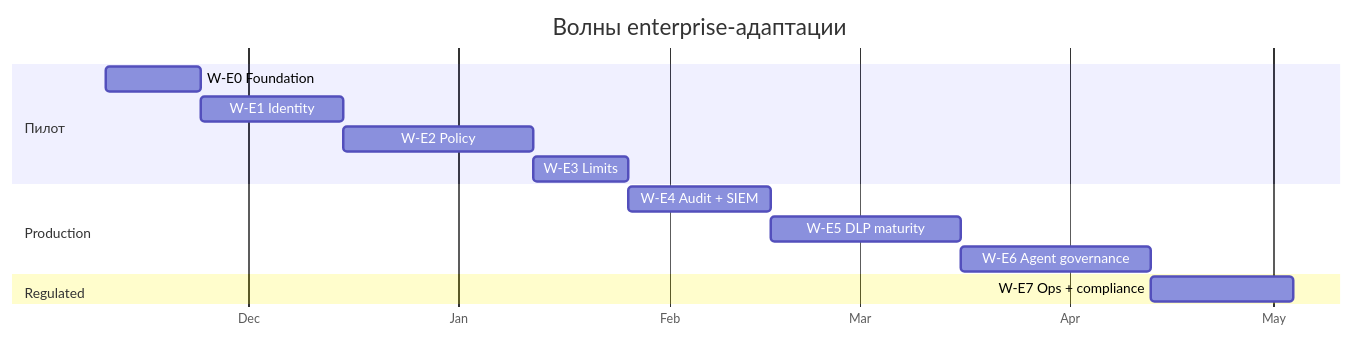
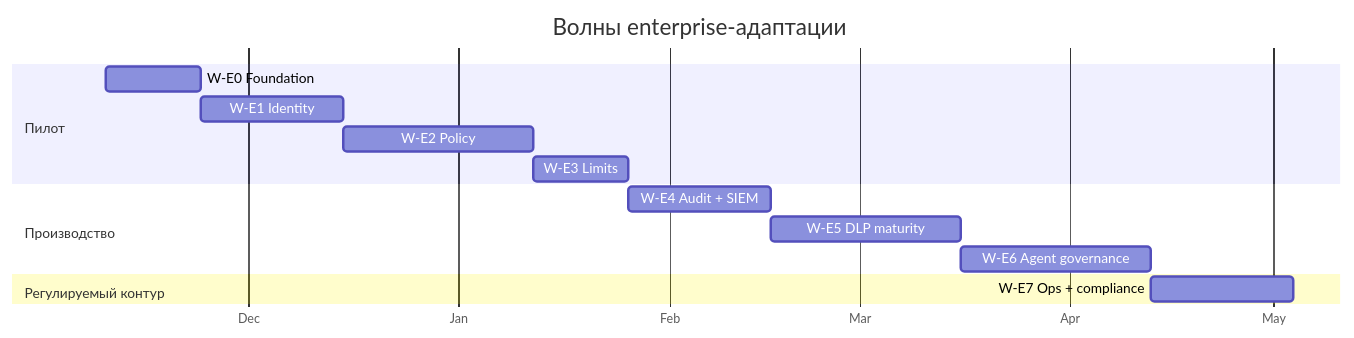
One commit to Alexeykoh/micro-model-agent changed the seventh of 7 diagrams in docs/specs/2026-11-03-enterprise-deployment-design.md. Above: the diagram before and after it, drawn with Mermaid. The commit also changed other lines of this file, not shown here.

````diff
--- a/docs/specs/2026-11-03-enterprise-deployment-design.md
+++ b/docs/specs/2026-11-03-enterprise-deployment-design.md
@@ -931,17 +624,17 @@
 ```mermaid
 gantt
   title Волны enterprise-адаптации
   dateFormat  YYYY-MM-DD
   axisFormat  %b
   section Пилот
   W-E0 Foundation        :a1, 2026-11-10, 14d
   W-E1 Identity          :a2, after a1, 21d
   W-E2 Policy            :a3, after a2, 28d
   W-E3 Limits            :a4, after a3, 14d
-  section Production
+  section Производство
   W-E4 Audit + SIEM      :b1, after a4, 21d
   W-E5 DLP maturity      :b2, after b1, 28d
   W-E6 Agent governance  :b3, after b2, 28d
-  section Regulated
+  section Регулируемый контур
   W-E7 Ops + compliance  :c1, after b3, 21d
 ```
````
